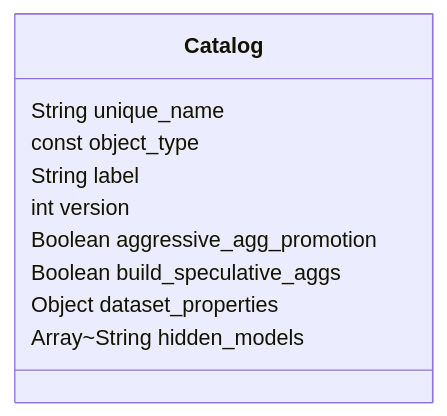
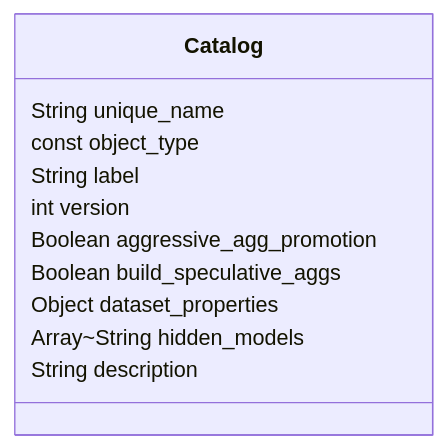
One commit to semanticdatalayer/SML changed the diagram in sml-reference/catalog.md. Above: the diagram before and after it, drawn with Mermaid. The commit also changed other lines of this file and 3 other files, not shown here.

````diff
--- a/sml-reference/catalog.md
+++ b/sml-reference/catalog.md
@@ -24,13 +24,14 @@
 ```mermaid
 classDiagram
     class Catalog{
       String unique_name
       const object_type
       String label
       int version
       Boolean aggressive_agg_promotion
       Boolean build_speculative_aggs
       Object dataset_properties
       Array~String hidden_models
+      String description
     }
 ```
````
